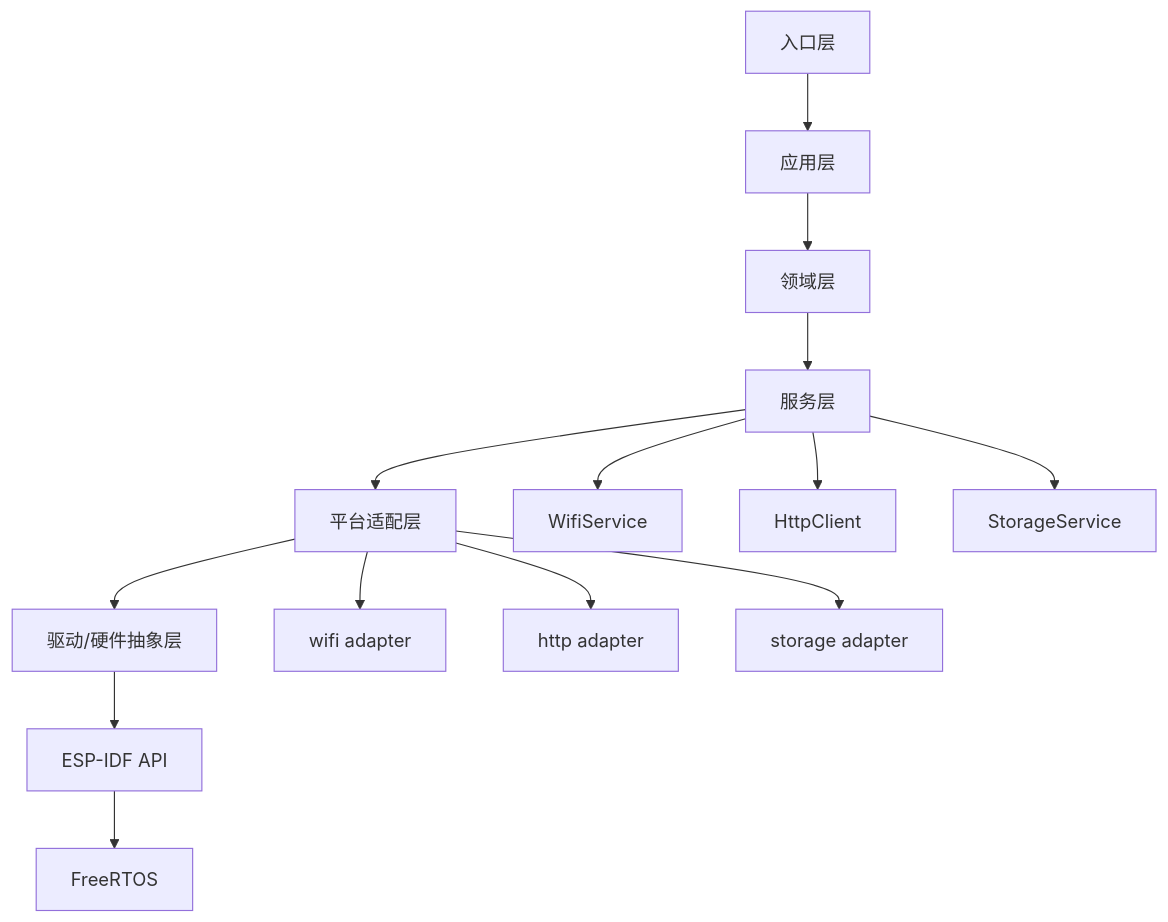
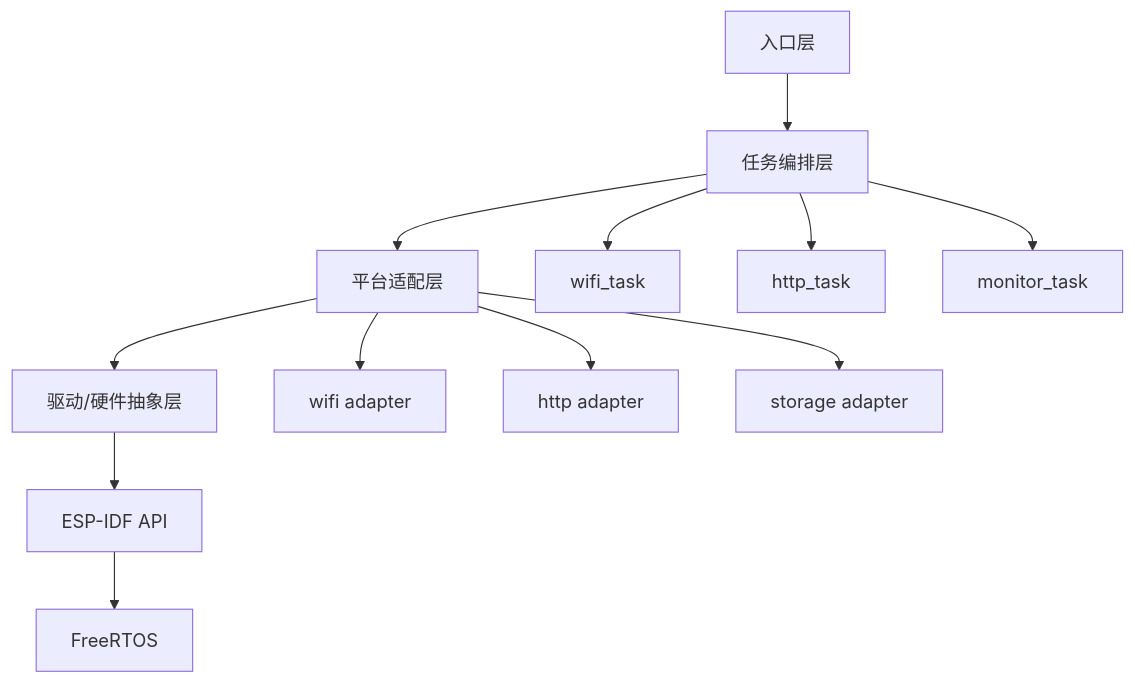
Before and after one commit to yifeianyi/BspiderServer: the diagram in doc/cpp_refactor_plan.md, drawn with Mermaid. The commit also changed other lines of this file and 16 other files, not shown here.

````diff
--- a/doc/cpp_refactor_plan.md
+++ b/doc/cpp_refactor_plan.md
@@ -45,20 +40,18 @@
 ```mermaid
 flowchart TD
-  A[入口层] --> B[应用层]
-  B --> C[领域层]
-  C --> D[服务层]
-  D --> E[平台适配层]
+  A[入口层] --> B[任务编排层]
+  B --> E[平台适配层]
   E --> F[驱动/硬件抽象层]
 
-  D --> W[WifiService]
-  D --> H[HttpClient]
-  D --> S[StorageService]
+  B --> Wt[wifi_task]
+  B --> Ht[http_task]
+  B --> Mt[monitor_task]
 
   E --> Wc[wifi adapter]
   E --> Hc[http adapter]
   E --> Sc[storage adapter]
 
   F --> IDF[ESP-IDF API]
   IDF --> RTOS[FreeRTOS]
 
 ```
````
